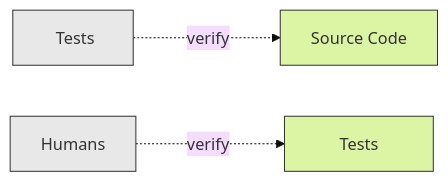
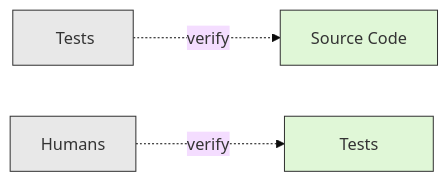
Before and after one commit to oppia/oppia-android: the third of 7 diagrams in wiki/Writing-tests-with-good-behavioural-coverage.md, drawn with Mermaid (base theme). The commit also changed other lines of this file, not shown here.

Commit message:
Common color codes for all graph illustrations

````diff
--- a/wiki/Writing-tests-with-good-behavioural-coverage.md
+++ b/wiki/Writing-tests-with-good-behavioural-coverage.md
@@ -1087,10 +1087,10 @@
 ```mermaid
 graph LR
     A[&ensp;&nbsp;Tests&ensp;] -..->|verify| B[Source Code]
     C[Humans] -..->|verify| D[&emsp;&ensp;Tests&ensp;&emsp;]
 
     style A fill:#e8e8e8,stroke:#333,stroke-width:1px
-    style B fill:#dcf5a4,stroke:#333,stroke-width:1px
+    style B fill:#e0f7d7,stroke:#333,stroke-width:1px
     style C fill:#e8e8e8,stroke:#333,stroke-width:1px
-    style D fill:#dcf5a4,stroke:#333,stroke-width:1px
+    style D fill:#e0f7d7,stroke:#333,stroke-width:1px
 ```
````
